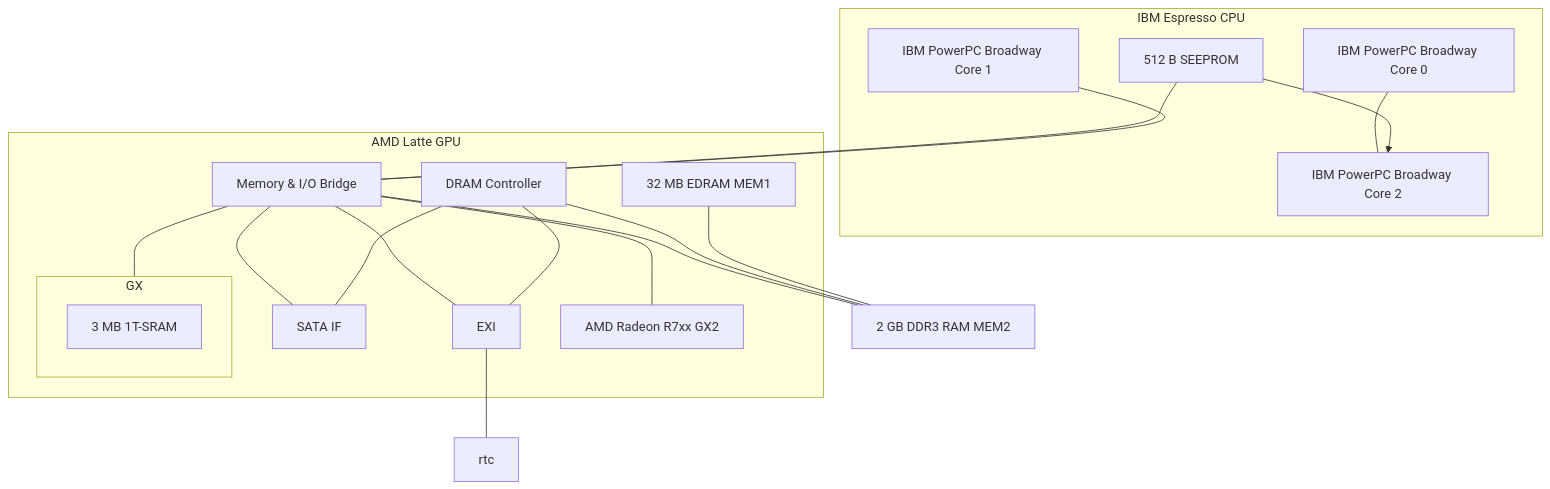
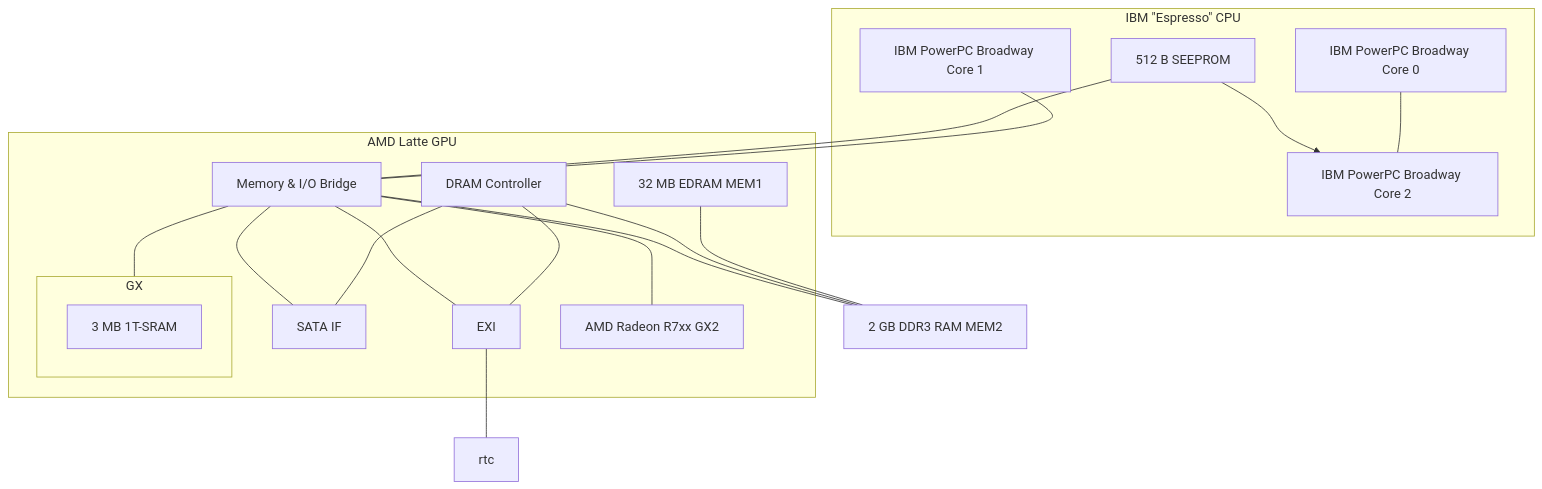
Before and after one commit to terrastruct/text-to-diagram-site: the diagram in src/examples/10_wiiu/syntax/mermaid.mmd, drawn with Mermaid.

Commit message:
fix: Add double quote to labels

```diff
--- a/src/examples/10_wiiu/syntax/mermaid.mmd
+++ b/src/examples/10_wiiu/syntax/mermaid.mmd
@@ -1,50 +1,48 @@
-graph TD
-  %% I could not figure out how to use double quotes in labels in Mermaid
-  subgraph ibm[IBM Espresso CPU]
+flowchart TD
+  subgraph ibm[IBM &quot;Espresso&quot; CPU]
     core0[IBM PowerPC Broadway Core 0]
     core1[IBM PowerPC Broadway Core 1]
     core2[IBM PowerPC Broadway Core 2]
 
     rom[16 KB ROM]
 
+    rom --> core2
     core0 --- core2
-
-    rom --> core2
   end
 
   subgraph amd[AMD Latte GPU]
     mem[Memory & I/O Bridge]
     dram[DRAM Controller]
     edram[32 MB EDRAM MEM1]
     rom[512 B SEEPROM]
 
     sata[SATA IF]
     exi[EXI]
 
     subgraph gx[GX]
       sram[3 MB 1T-SRAM]
     end
 
     radeon[AMD Radeon R7xx GX2]
 
     mem --- gx
     mem --- radeon
 
     rom --- mem
 
     mem --- sata
     mem --- exi
 
     dram --- sata
     dram --- exi
   end
 
   ddr3[2 GB DDR3 RAM MEM2]
 
   mem --- ddr3
   dram --- ddr3
   edram --- ddr3
 
   core1 --- mem
 
   exi --- rtc
```
